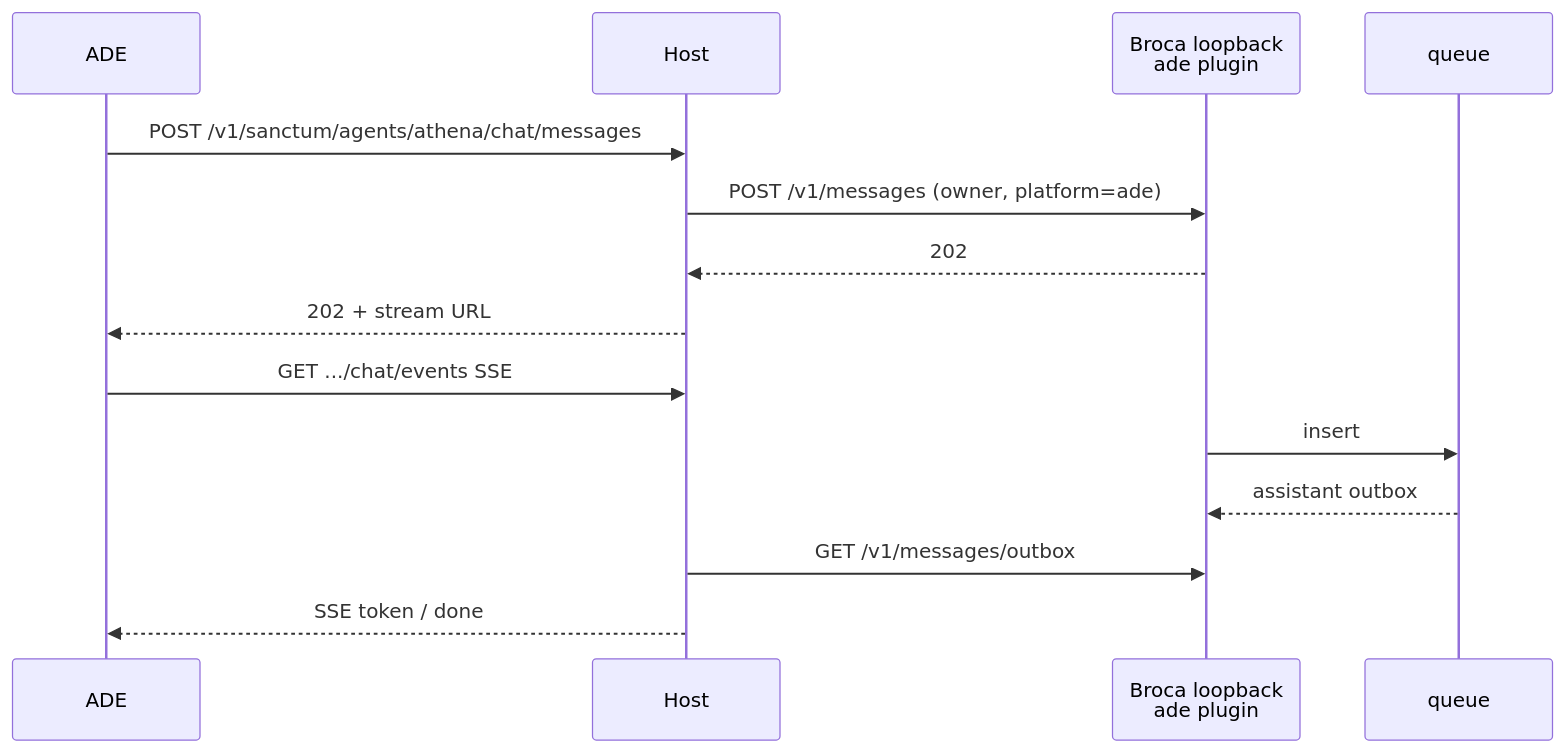
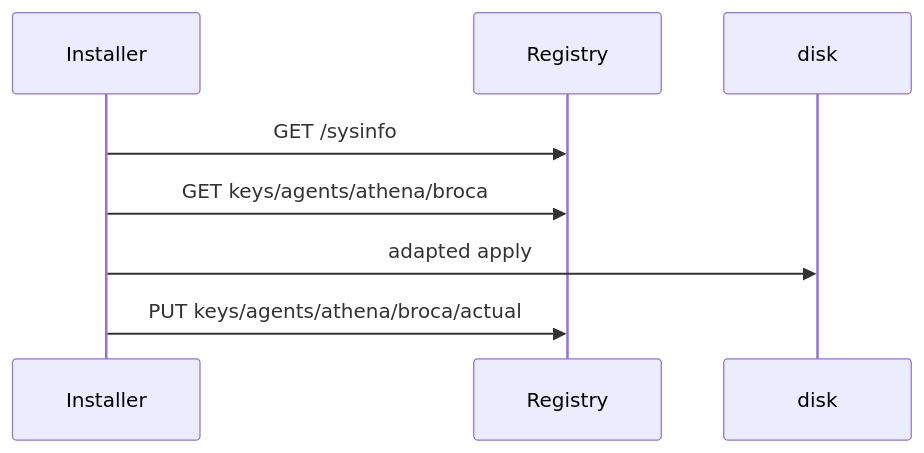
The third of 3 diagrams in docs/host-os/api-map-v0.md (sanctumos/ade), drawn with Mermaid before and after one commit. The commit also changed other lines of this file and 6 other files, not shown here.

First line of the commit message:
Split Registry (hive + light Broca transport) from the installer harness.

````diff
--- a/docs/host-os/api-map-v0.md
+++ b/docs/host-os/api-map-v0.md
@@ -404,17 +237,11 @@
 ```mermaid
 sequenceDiagram
-  participant ADE
-  participant Host
-  participant Broca as Broca loopback<br/>ade plugin
-  participant Q as queue
+  participant I as Installer
+  participant R as Registry
+  participant D as disk
 
-  ADE->>Host: POST /v1/sanctum/agents/athena/chat/messages
-  Host->>Broca: POST /v1/messages (owner, platform=ade)
-  Broca-->>Host: 202
-  Host-->>ADE: 202 + stream URL
-  ADE->>Host: GET .../chat/events SSE
-  Broca->>Q: insert
-  Q-->>Broca: assistant outbox
-  Host->>Broca: GET /v1/messages/outbox
-  Host-->>ADE: SSE token / done
+  I->>R: GET /sysinfo
+  I->>R: GET keys/agents/athena/broca
+  I->>D: adapted apply
+  I->>R: PUT keys/agents/athena/broca/actual
 ```
````
